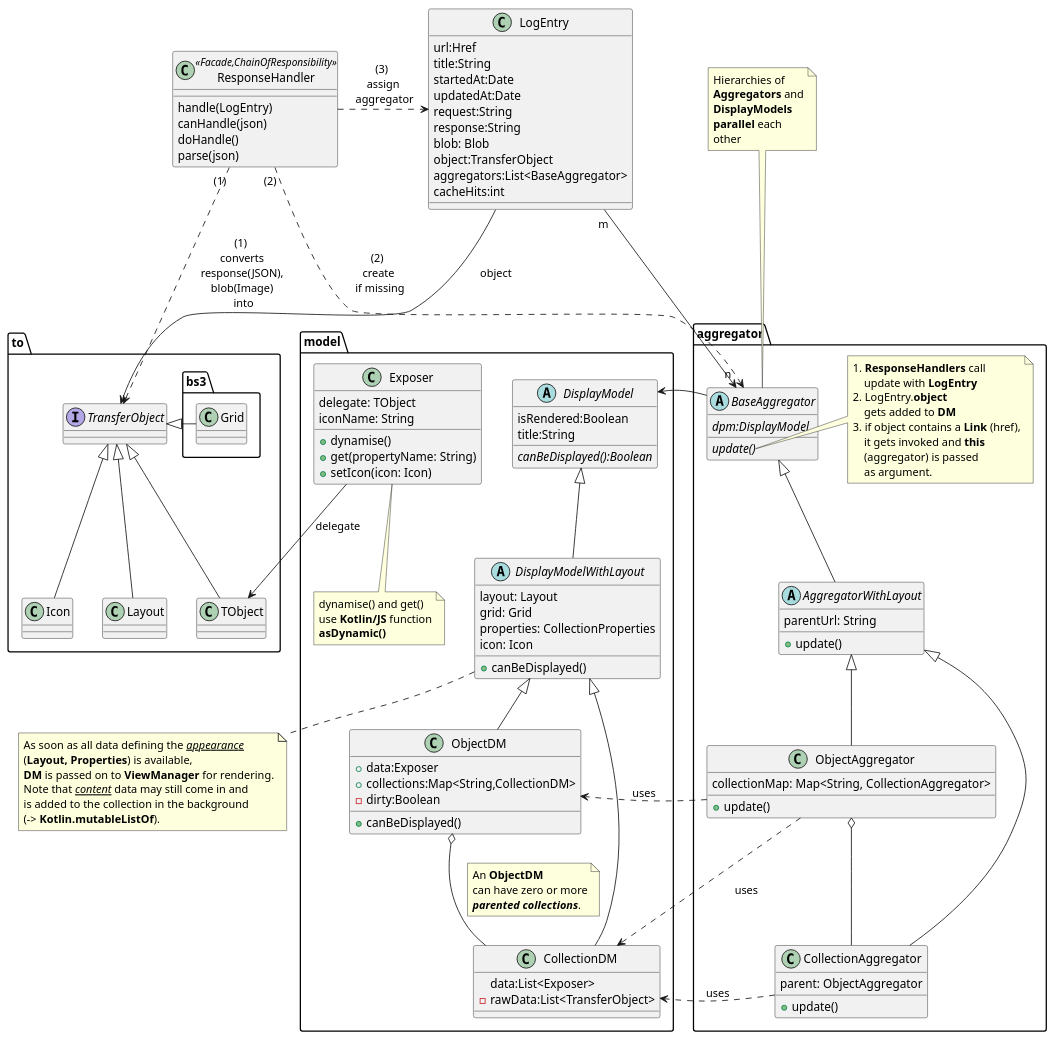
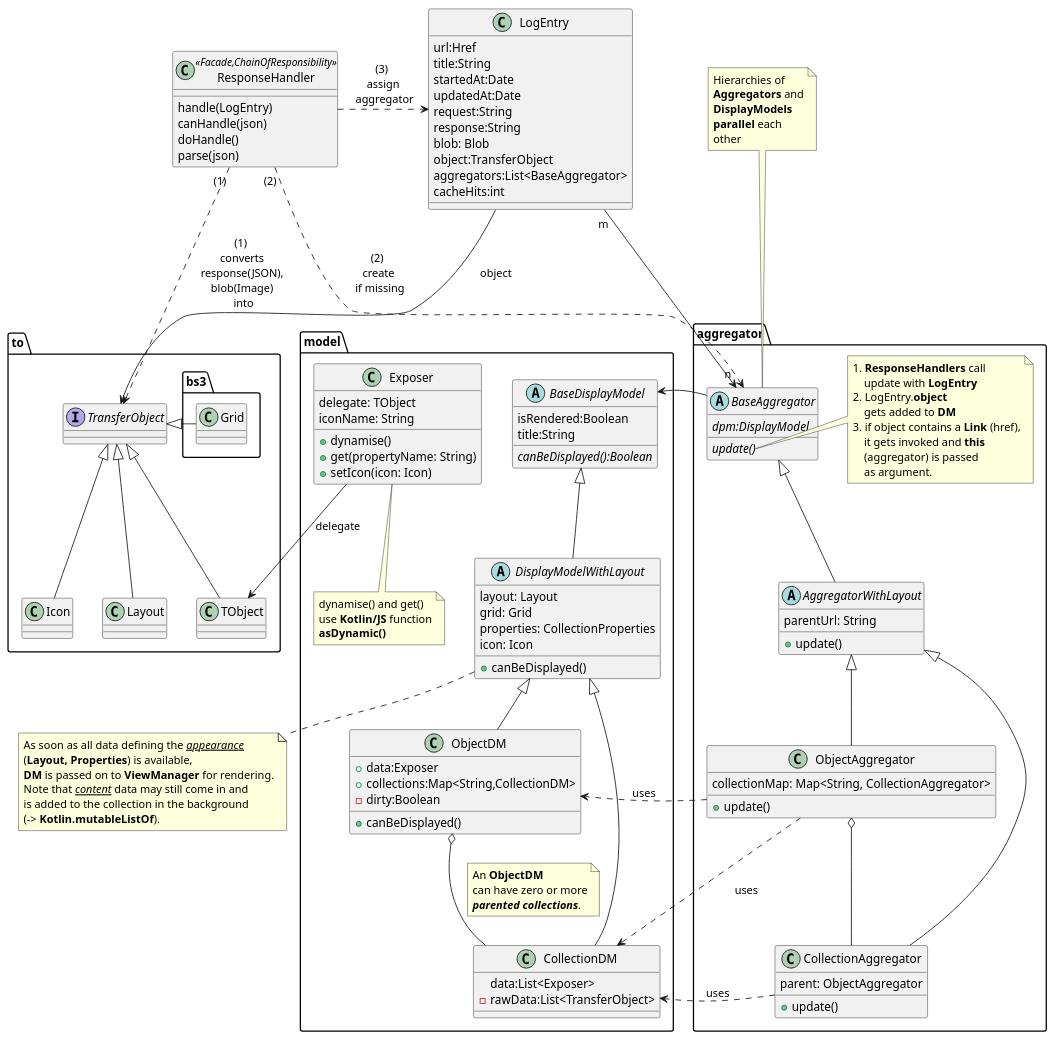
One commit to apache/causeway changed the diagram in incubator/clients/kroviz/adoc/modules/kroviz/partials/design/uml-aggregator.adoc. Above: the diagram before and after it, drawn with PlantUML. The commit also changed 5 other files, not shown here.

Commit message:
ISIS-2913 DisplayModel renamed, documentation amended

```diff
--- a/incubator/clients/kroviz/adoc/modules/kroviz/partials/design/uml-aggregator.adoc
+++ b/incubator/clients/kroviz/adoc/modules/kroviz/partials/design/uml-aggregator.adoc
@@ -90,7 +90,7 @@
     end note
     Exposer..ExposerNote
 
-    abstract class DisplayModel {
+    abstract class BaseDisplayModel {
         isRendered:Boolean
         title:String
         {abstract} canBeDisplayed():Boolean
@@ -116,7 +116,7 @@
         - rawData:List<TransferObject>
     }
 
-    DisplayModel <|-- DisplayModelWithLayout
+    BaseDisplayModel <|-- DisplayModelWithLayout
     DisplayModelWithLayout <|-- CollectionDM
     DisplayModelWithLayout <|-- ObjectDM
     ObjectDM o-- CollectionDM
@@ -132,7 +132,7 @@
 ResponseHandler "(2)".> BaseAggregator : (2) \n create \n if missing
 ResponseHandler .> LogEntry  : (3) \n assign \n aggregator
 
-BaseAggregator -> DisplayModel
+BaseAggregator -> BaseDisplayModel
 CollectionAggregator .> CollectionDM : uses
 ObjectAggregator .> ObjectDM : uses
 ObjectAggregator .> CollectionDM : uses
```
